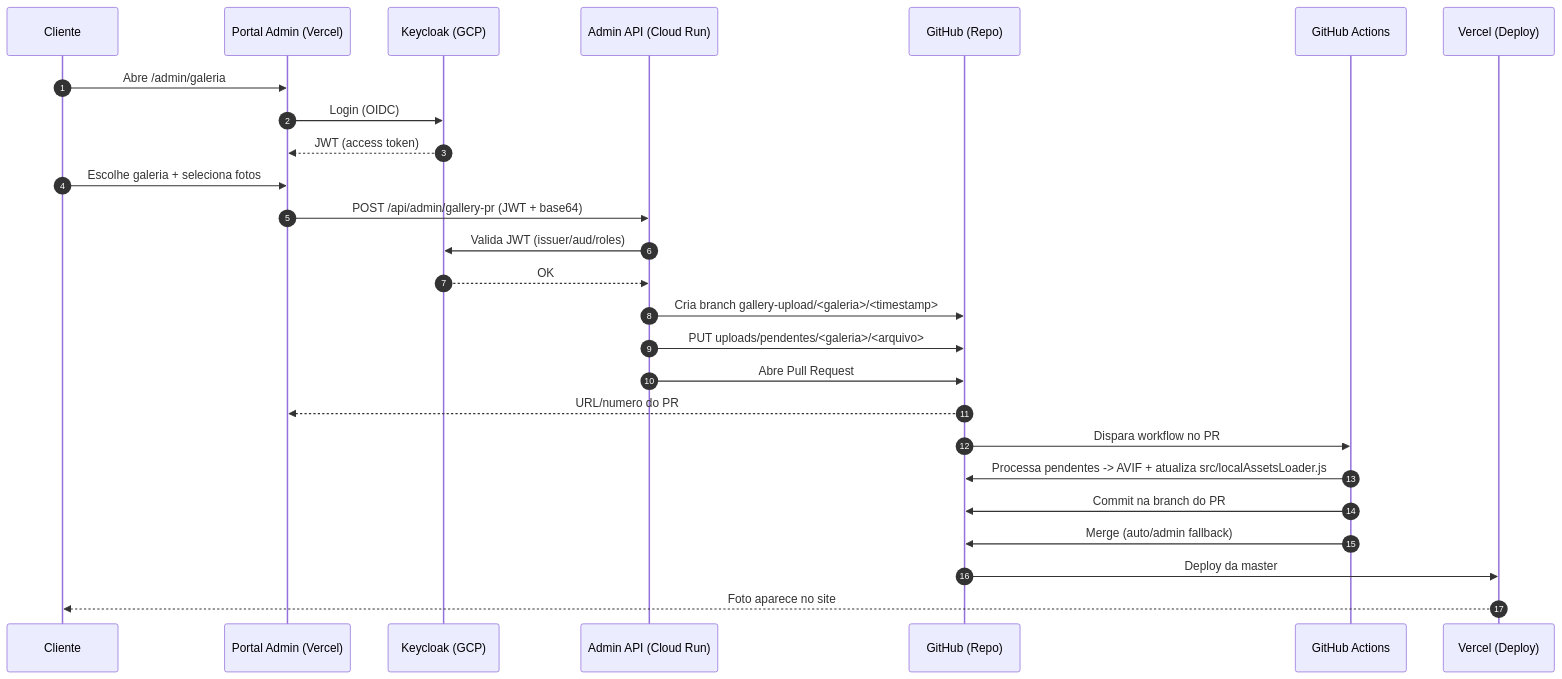
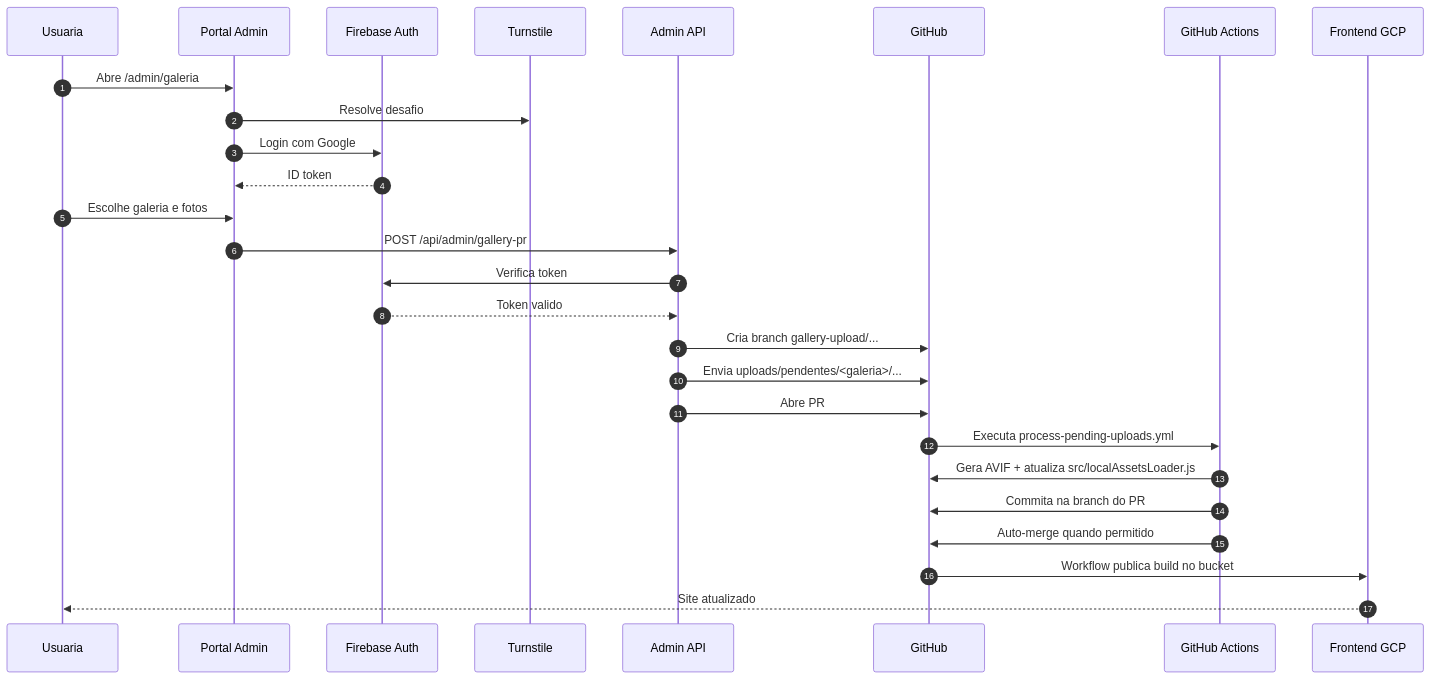
The second of 2 diagrams in docs/ARQUITETURA.md (elton-peixoto-lu/photo-vitoria), drawn with Mermaid before and after one commit. The commit also changed other lines of this file and 4 other files, not shown here.

Commit message:
docs(infra): refresh architecture docs and add gcp smoke validation

````diff
--- a/docs/ARQUITETURA.md
+++ b/docs/ARQUITETURA.md
@@ -28,29 +33,30 @@
 ```mermaid
 sequenceDiagram
   autonumber
-  participant Cliente as Cliente
-  participant AdminUI as Portal Admin (Vercel)
-  participant Keycloak as Keycloak (GCP)
-  participant AdminAPI as Admin API (Cloud Run)
-  participant GitHub as GitHub (Repo)
+  participant User as Usuaria
+  participant Admin as Portal Admin
+  participant Firebase as Firebase Auth
+  participant Turnstile as Turnstile
+  participant API as Admin API
+  participant GitHub as GitHub
   participant Actions as GitHub Actions
-  participant Vercel as Vercel (Deploy)
+  participant GCP as Frontend GCP
 
-  Cliente->>AdminUI: Abre /admin/galeria
-  AdminUI->>Keycloak: Login (OIDC)
-  Keycloak-->>AdminUI: JWT (access token)
-  Cliente->>AdminUI: Escolhe galeria + seleciona fotos
-  AdminUI->>AdminAPI: POST /api/admin/gallery-pr (JWT + base64)
-  AdminAPI->>Keycloak: Valida JWT (issuer/aud/roles)
-  Keycloak-->>AdminAPI: OK
-  AdminAPI->>GitHub: Cria branch gallery-upload/<galeria>/<timestamp>
-  AdminAPI->>GitHub: PUT uploads/pendentes/<galeria>/<arquivo>
-  AdminAPI->>GitHub: Abre Pull Request
-  GitHub-->>AdminUI: URL/numero do PR
-  GitHub->>Actions: Dispara workflow no PR
-  Actions->>GitHub: Processa pendentes -> AVIF + atualiza src/localAssetsLoader.js
-  Actions->>GitHub: Commit na branch do PR
-  Actions->>GitHub: Merge (auto/admin fallback)
-  GitHub->>Vercel: Deploy da master
-  Vercel-->>Cliente: Foto aparece no site
+  User->>Admin: Abre /admin/galeria
+  Admin->>Turnstile: Resolve desafio
+  Admin->>Firebase: Login com Google
+  Firebase-->>Admin: ID token
+  User->>Admin: Escolhe galeria e fotos
+  Admin->>API: POST /api/admin/gallery-pr
+  API->>Firebase: Verifica token
+  Firebase-->>API: Token valido
+  API->>GitHub: Cria branch gallery-upload/...
+  API->>GitHub: Envia uploads/pendentes/<galeria>/...
+  API->>GitHub: Abre PR
+  GitHub->>Actions: Executa process-pending-uploads.yml
+  Actions->>GitHub: Gera AVIF + atualiza src/localAssetsLoader.js
+  Actions->>GitHub: Commita na branch do PR
+  Actions->>GitHub: Auto-merge quando permitido
+  GitHub->>GCP: Workflow publica build no bucket
+  GCP-->>User: Site atualizado
 ```
````
